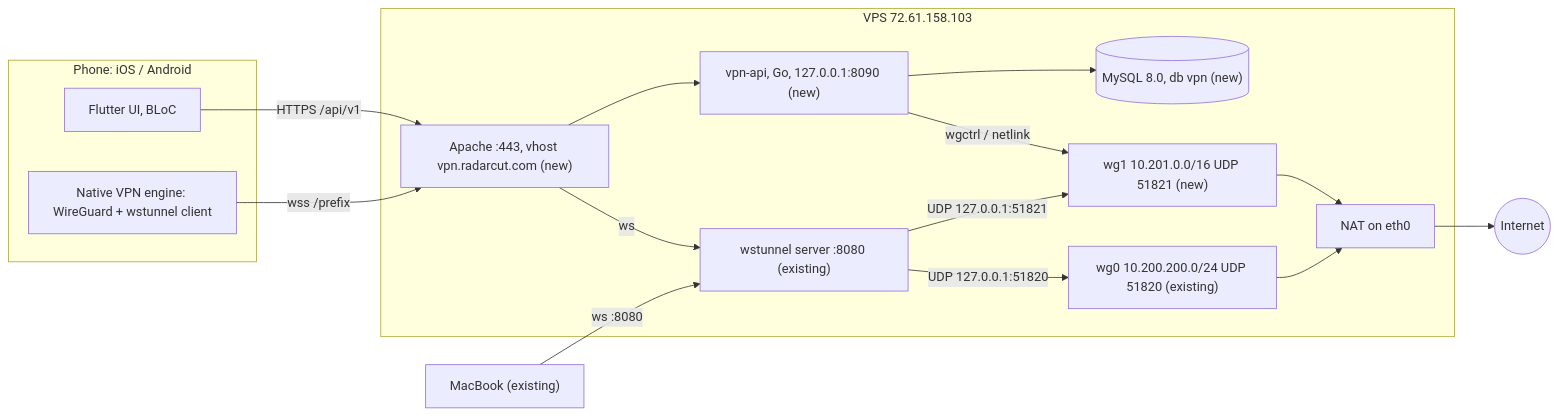
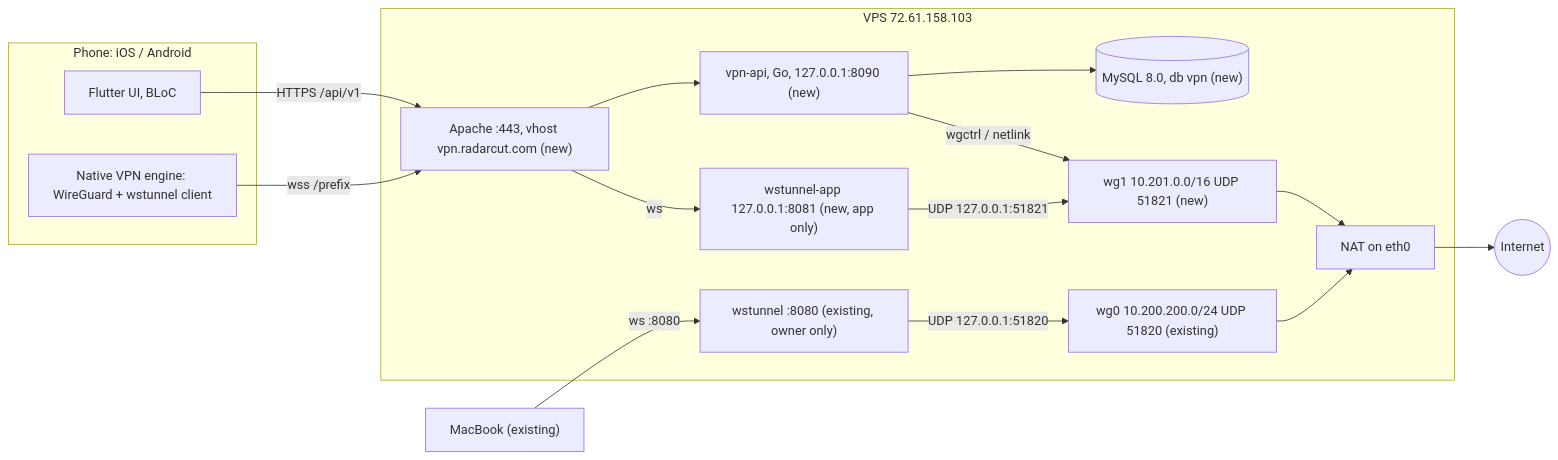
The first of 4 diagrams in docs/architecture.md (TomasPetrik/vpn), drawn with Mermaid before and after one commit. The commit also changed other lines of this file and 14 other files, not shown here.

````diff
--- a/docs/architecture.md
+++ b/docs/architecture.md
@@ -15,29 +17,30 @@
 ```mermaid
 flowchart LR
   subgraph phone["Phone: iOS / Android"]
     ui["Flutter UI, BLoC"]
     engine["Native VPN engine: WireGuard + wstunnel client"]
   end
   subgraph vps["VPS 72.61.158.103"]
     apache["Apache :443, vhost vpn.radarcut.com (new)"]
     api["vpn-api, Go, 127.0.0.1:8090 (new)"]
     db[("MySQL 8.0, db vpn (new)")]
-    wst["wstunnel server :8080 (existing)"]
+    wst["wstunnel :8080 (existing, owner only)"]
+    wstapp["wstunnel-app 127.0.0.1:8081 (new, app only)"]
     wg1["wg1 10.201.0.0/16 UDP 51821 (new)"]
     wg0["wg0 10.200.200.0/24 UDP 51820 (existing)"]
     nat["NAT on eth0"]
   end
   mac["MacBook (existing)"]
   ui -- "HTTPS /api/v1" --> apache
   apache --> api
   api --> db
   api -- "wgctrl / netlink" --> wg1
   engine -- "wss /prefix" --> apache
-  apache -- "ws" --> wst
-  wst -- "UDP 127.0.0.1:51821" --> wg1
+  apache -- "ws" --> wstapp
+  wstapp -- "UDP 127.0.0.1:51821" --> wg1
   mac -- "ws :8080" --> wst
   wst -- "UDP 127.0.0.1:51820" --> wg0
   wg1 --> nat
   wg0 --> nat
   nat --> internet((Internet))
 ```
````
